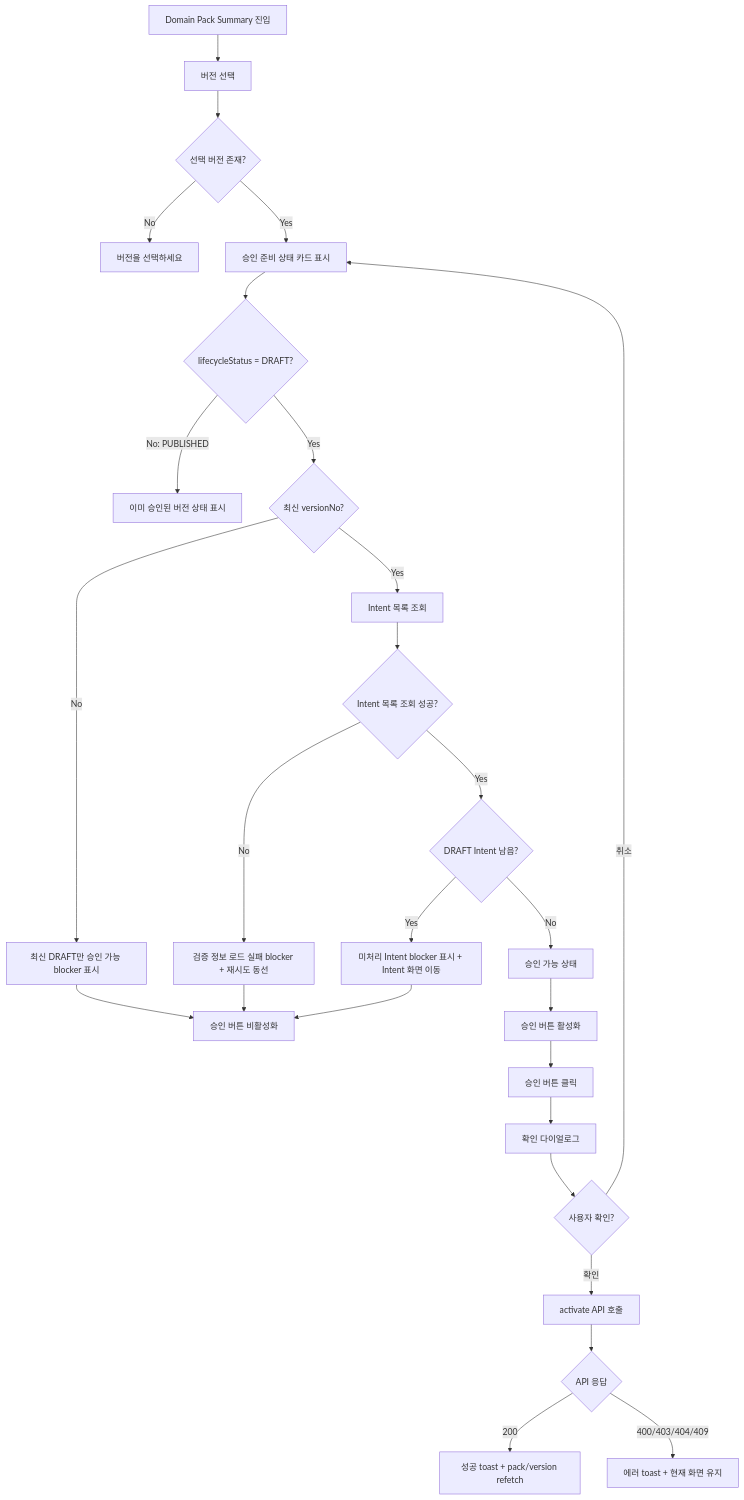
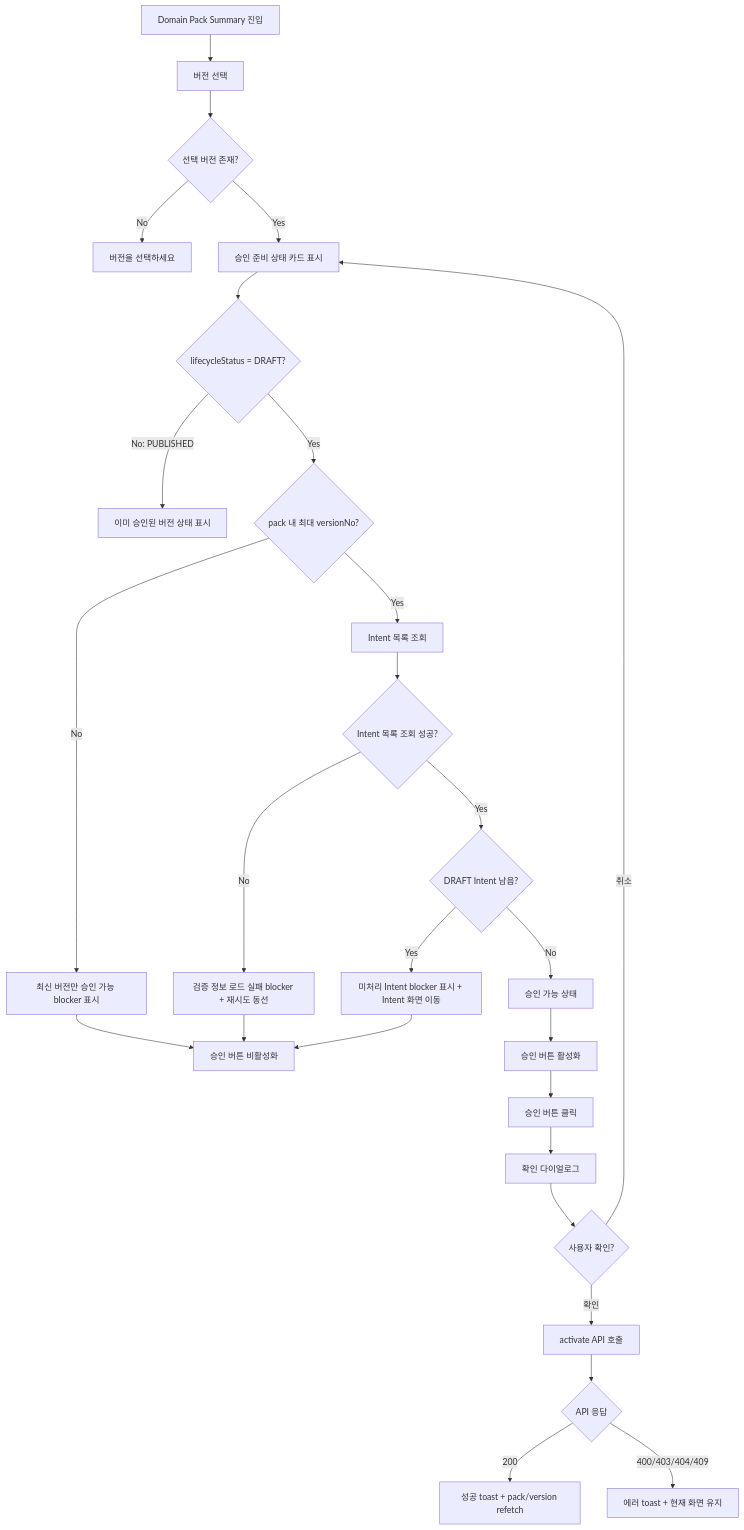
The diagram in .agent/specs/331.md (ajou-2026-1-capstone-5/ostone), drawn with Mermaid before and after one commit. The commit also changed other lines of this file, not shown here.

Commit message:
docs(domain-pack): clarify approval ui spec

````diff
--- a/.agent/specs/331.md
+++ b/.agent/specs/331.md
@@ -86,35 +86,35 @@
 ```mermaid
 flowchart TD
     A["Domain Pack Summary 진입"] --> B["버전 선택"]
     B --> C{"선택 버전 존재?"}
     C -->|"No"| D["버전을 선택하세요"]
     C -->|"Yes"| E["승인 준비 상태 카드 표시"]
 
     E --> F{"lifecycleStatus = DRAFT?"}
     F -->|"No: PUBLISHED"| G["이미 승인된 버전 상태 표시"]
-    F -->|"Yes"| H{"최신 versionNo?"}
+    F -->|"Yes"| H{"pack 내 최대 versionNo?"}
 
-    H -->|"No"| I["최신 DRAFT만 승인 가능 blocker 표시"]
+    H -->|"No"| I["최신 버전만 승인 가능 blocker 표시"]
     H -->|"Yes"| J["Intent 목록 조회"]
 
     J --> K{"Intent 목록 조회 성공?"}
     K -->|"No"| L["검증 정보 로드 실패 blocker + 재시도 동선"]
     K -->|"Yes"| M{"DRAFT Intent 남음?"}
 
     M -->|"Yes"| N["미처리 Intent blocker 표시 + Intent 화면 이동"]
     M -->|"No"| O["승인 가능 상태"]
 
     I --> P["승인 버튼 비활성화"]
     L --> P
     N --> P
     O --> Q["승인 버튼 활성화"]
 
     Q --> R["승인 버튼 클릭"]
     R --> S["확인 다이얼로그"]
     S --> T{"사용자 확인?"}
     T -->|"취소"| E
     T -->|"확인"| U["activate API 호출"]
     U --> V{"API 응답"}
     V -->|"200"| W["성공 toast + pack/version refetch"]
     V -->|"400/403/404/409"| X["에러 toast + 현재 화면 유지"]
 ```
````
